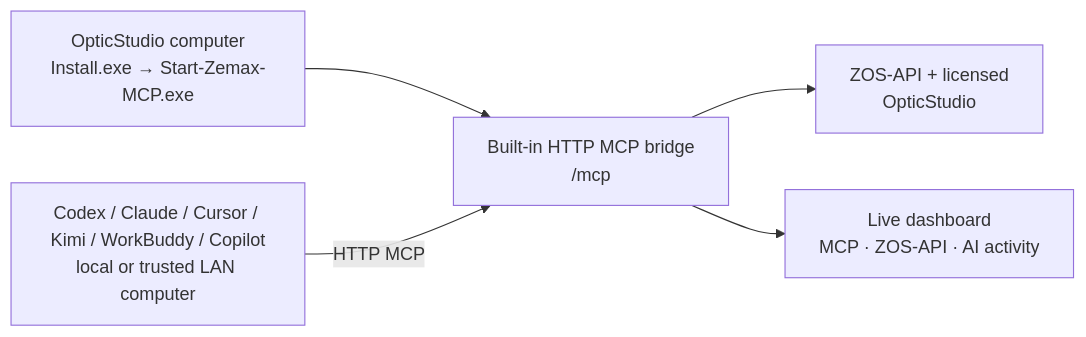
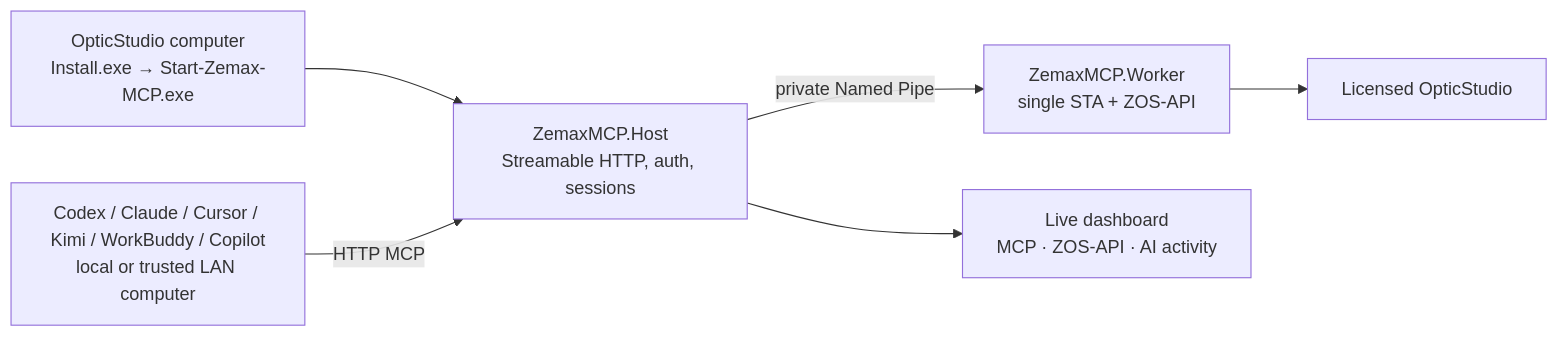
The diagram in README.md (joeyijun/OpticStudioMCPServer), drawn with Mermaid before and after one commit. The commit also changed other lines of this file and 15 other files, not shown here.

Commit message:
feat: isolate MCP host and worker

````diff
--- a/README.md
+++ b/README.md
@@ -20,7 +20,8 @@
 ```mermaid
 flowchart LR
-  A["OpticStudio computer\nInstall.exe → Start-Zemax-MCP.exe"] --> B["Built-in HTTP MCP bridge\n/mcp"]
-  B --> C["ZOS-API + licensed\nOpticStudio"]
+  A["OpticStudio computer\nInstall.exe → Start-Zemax-MCP.exe"] --> B["ZemaxMCP.Host\nStreamable HTTP, auth, sessions"]
+  B -->|"private Named Pipe"| C["ZemaxMCP.Worker\nsingle STA + ZOS-API"]
+  C --> F["Licensed OpticStudio"]
   D["Codex / Claude / Cursor / Kimi / WorkBuddy / Copilot\nlocal or trusted LAN computer"] -->|"HTTP MCP"| B
   B --> E["Live dashboard\nMCP · ZOS-API · AI activity"]
 ```
````
